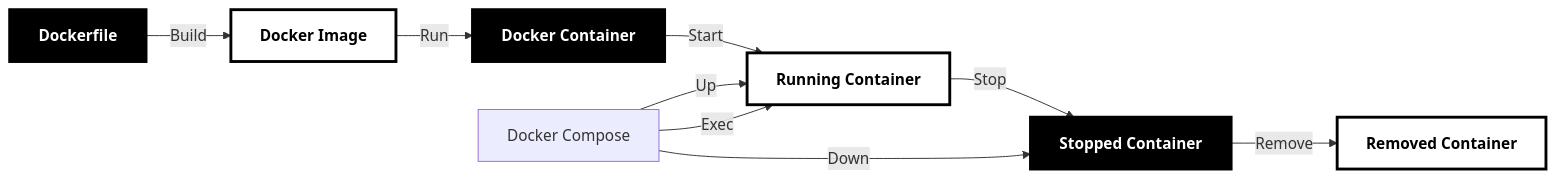
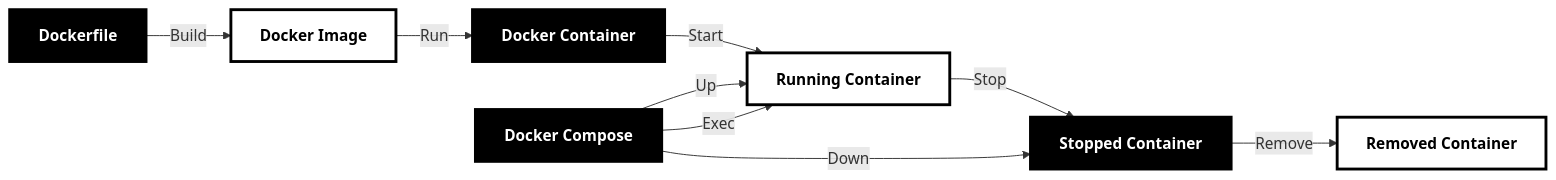
Before and after one commit to SoundMindsAI/ai_examples: the third of 5 diagrams in An_LLM_Query_Understanding_Service/README.md, drawn with Mermaid. The commit also changed other lines of this file, not shown here.

Commit message:
Update Mermaid diagram styles and add missing container elements

````diff
--- a/An_LLM_Query_Understanding_Service/README.md
+++ b/An_LLM_Query_Understanding_Service/README.md
@@ -163,19 +162,20 @@
 ```mermaid
 graph LR
     Dockerfile[Dockerfile] -->|Build| DockerImage[Docker Image]
     DockerImage -->|Run| DockerContainer[Docker Container]
     DockerContainer -->|Start| RunningContainer[Running Container]
     RunningContainer -->|Stop| StoppedContainer[Stopped Container]
     StoppedContainer -->|Remove| RemovedContainer[Removed Container]
     
     DockerCompose[Docker Compose] -->|Up| RunningContainer
     DockerCompose -->|Down| StoppedContainer
     DockerCompose -->|Exec| RunningContainer
     
     style Dockerfile fill:black,stroke:black,stroke-width:3px,color:white,font-weight:bold
     style DockerImage fill:white,stroke:black,stroke-width:3px,color:black,font-weight:bold
     style DockerContainer fill:black,stroke:black,stroke-width:3px,color:white,font-weight:bold
     style RunningContainer fill:white,stroke:black,stroke-width:3px,color:black,font-weight:bold
     style StoppedContainer fill:black,stroke:black,stroke-width:3px,color:white,font-weight:bold
     style RemovedContainer fill:white,stroke:black,stroke-width:3px,color:black,font-weight:bold
+    style DockerCompose fill:black,stroke:black,stroke-width:3px,color:white,font-weight:bold
 ```
````
